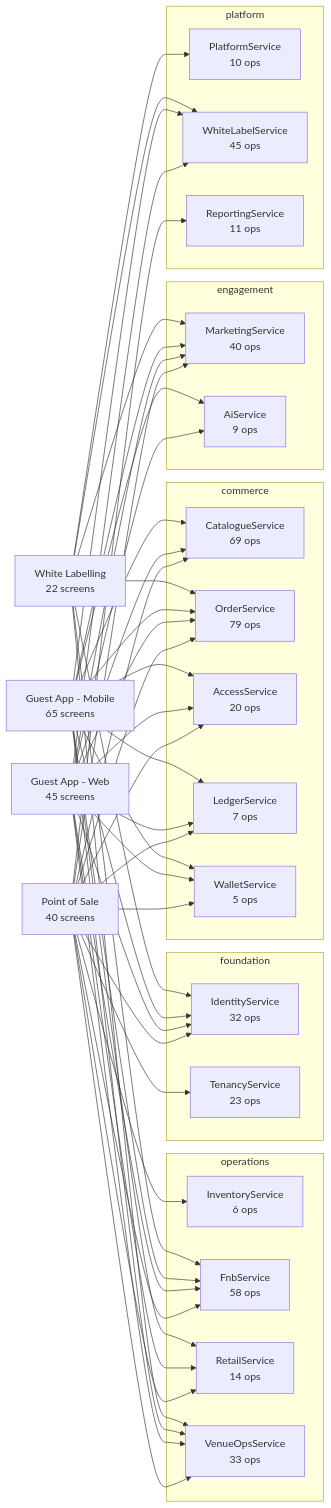
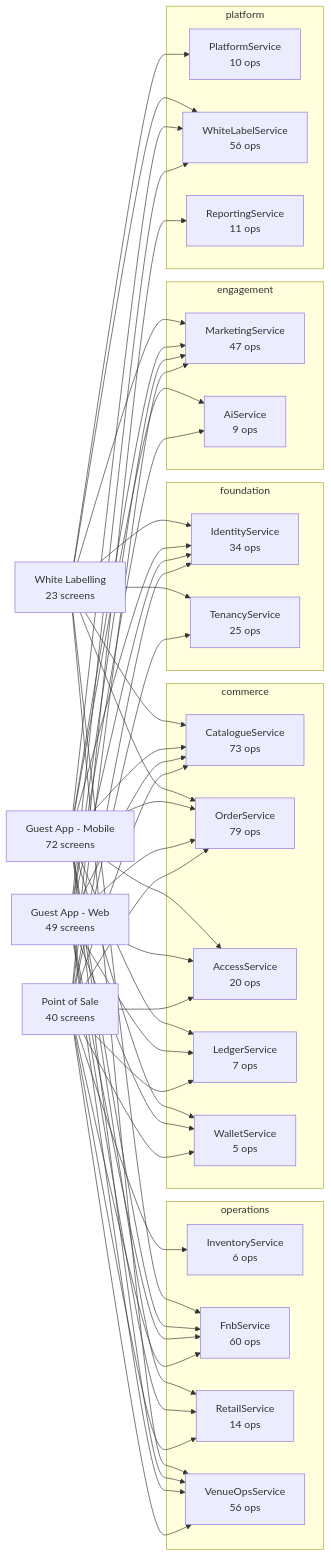
Before and after one commit to Diretide298/Solution_Architecture: the diagram in ticvai/repos/ticvai-contracts/project-bible/handoff/service-docs/README.md, drawn with Mermaid. The commit also changed other lines of this file and 2167 other files, not shown here.

````diff
--- a/ticvai/repos/ticvai-contracts/project-bible/handoff/service-docs/README.md
+++ b/ticvai/repos/ticvai-contracts/project-bible/handoff/service-docs/README.md
@@ -9,77 +9,79 @@
 ```mermaid
 flowchart LR
   POS["Point of Sale<br/>40 screens"]
-  WEB["Guest App - Web<br/>45 screens"]
-  MOB["Guest App - Mobile<br/>65 screens"]
-  WL["White Labelling<br/>22 screens"]
+  WEB["Guest App - Web<br/>49 screens"]
+  MOB["Guest App - Mobile<br/>72 screens"]
+  WL["White Labelling<br/>23 screens"]
   subgraph foundation
-    IdentityService["IdentityService<br/>32 ops"]
-    TenancyService["TenancyService<br/>23 ops"]
+    IdentityService["IdentityService<br/>34 ops"]
+    TenancyService["TenancyService<br/>25 ops"]
   end
   subgraph commerce
-    CatalogueService["CatalogueService<br/>69 ops"]
+    CatalogueService["CatalogueService<br/>73 ops"]
     OrderService["OrderService<br/>79 ops"]
     AccessService["AccessService<br/>20 ops"]
     LedgerService["LedgerService<br/>7 ops"]
     WalletService["WalletService<br/>5 ops"]
   end
   subgraph operations
     InventoryService["InventoryService<br/>6 ops"]
-    FnbService["FnbService<br/>58 ops"]
+    FnbService["FnbService<br/>60 ops"]
     RetailService["RetailService<br/>14 ops"]
-    VenueOpsService["VenueOpsService<br/>33 ops"]
+    VenueOpsService["VenueOpsService<br/>56 ops"]
   end
   subgraph engagement
-    MarketingService["MarketingService<br/>40 ops"]
+    MarketingService["MarketingService<br/>47 ops"]
     AiService["AiService<br/>9 ops"]
   end
   subgraph platform
     PlatformService["PlatformService<br/>10 ops"]
-    WhiteLabelService["WhiteLabelService<br/>45 ops"]
+    WhiteLabelService["WhiteLabelService<br/>56 ops"]
     ReportingService["ReportingService<br/>11 ops"]
   end
   POS --> OrderService
   WEB --> OrderService
   MOB --> OrderService
   WL --> OrderService
   POS --> CatalogueService
   WEB --> CatalogueService
   MOB --> CatalogueService
+  WL --> CatalogueService
   POS --> AccessService
   WEB --> AccessService
   MOB --> AccessService
   WL --> PlatformService
   POS --> MarketingService
   WEB --> MarketingService
   MOB --> MarketingService
   WL --> MarketingService
   POS --> ReportingService
   POS --> InventoryService
   POS --> IdentityService
   WEB --> IdentityService
   MOB --> IdentityService
   WL --> IdentityService
   POS --> FnbService
   WEB --> FnbService
   MOB --> FnbService
   WL --> FnbService
   WEB --> WhiteLabelService
   MOB --> WhiteLabelService
   WL --> WhiteLabelService
   POS --> VenueOpsService
   WEB --> VenueOpsService
   MOB --> VenueOpsService
   WL --> VenueOpsService
   POS --> TenancyService
+  WL --> TenancyService
   POS --> LedgerService
   WEB --> LedgerService
   MOB --> LedgerService
   WEB --> AiService
   MOB --> AiService
   POS --> RetailService
   WEB --> RetailService
   MOB --> RetailService
   POS --> WalletService
   WEB --> WalletService
   MOB --> WalletService
 ```
````
